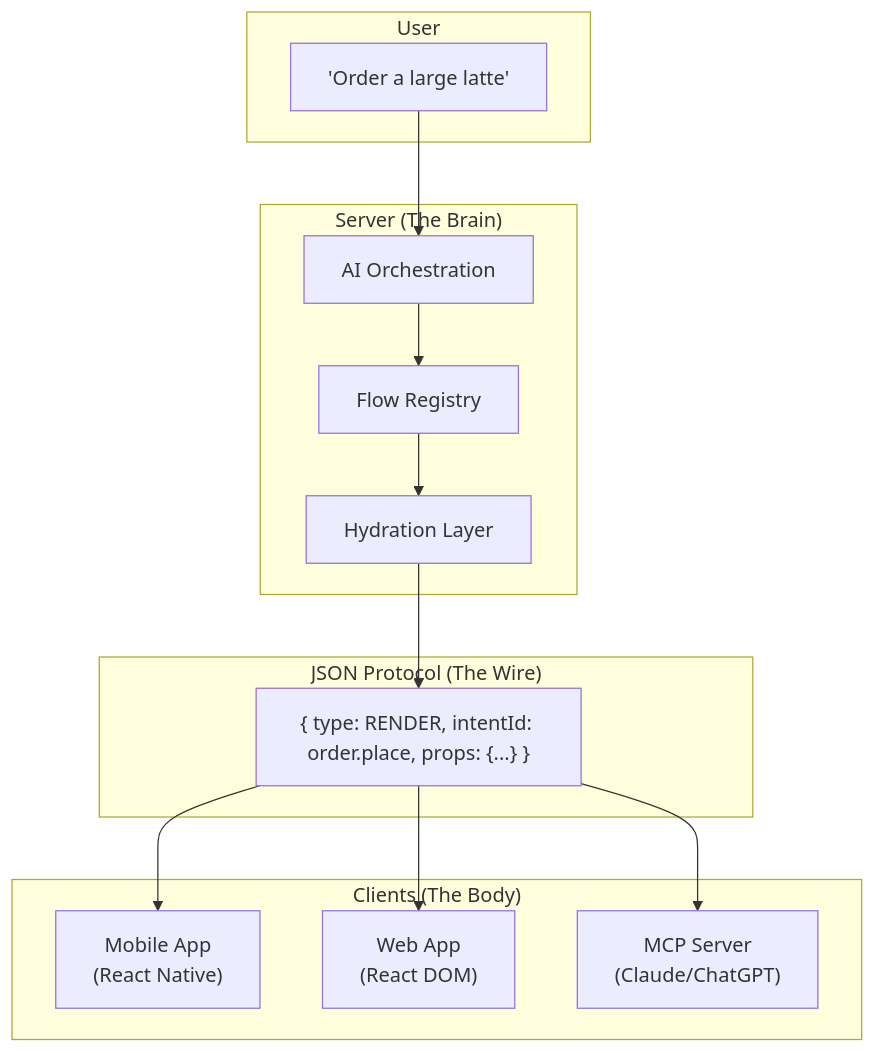
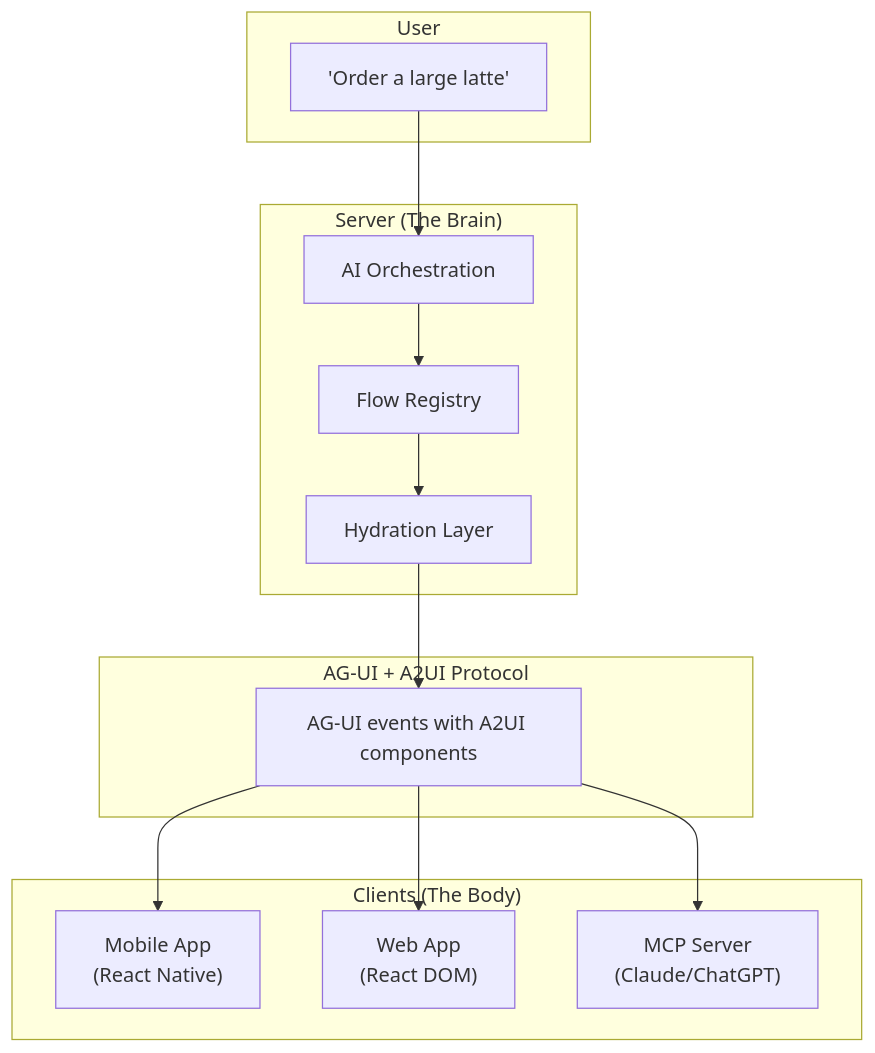
The first of 2 diagrams in README.md (oojacoboo/intent-flow), drawn with Mermaid before and after one commit. The commit also changed other lines of this file and 11 other files, not shown here.

````diff
--- a/README.md
+++ b/README.md
@@ -72,30 +98,30 @@
 ```mermaid
 flowchart TB
     subgraph User
         input["'Order a large latte'"]
     end
 
     subgraph Brain ["Server (The Brain)"]
         ai["AI Orchestration"]
         registry["Flow Registry"]
         hydrate["Hydration Layer"]
         ai --> registry
         registry --> hydrate
     end
 
-    subgraph Protocol ["JSON Protocol (The Wire)"]
-        msg["{ type: RENDER, intentId: order.place, props: {...} }"]
+    subgraph Protocol ["AG-UI + A2UI Protocol"]
+        msg["AG-UI events with A2UI components"]
     end
 
     subgraph Body ["Clients (The Body)"]
         mobile["Mobile App<br/>(React Native)"]
         web["Web App<br/>(React DOM)"]
         mcp["MCP Server<br/>(Claude/ChatGPT)"]
     end
 
     input --> ai
     hydrate --> msg
     msg --> mobile
     msg --> web
     msg --> mcp
 ```
````
